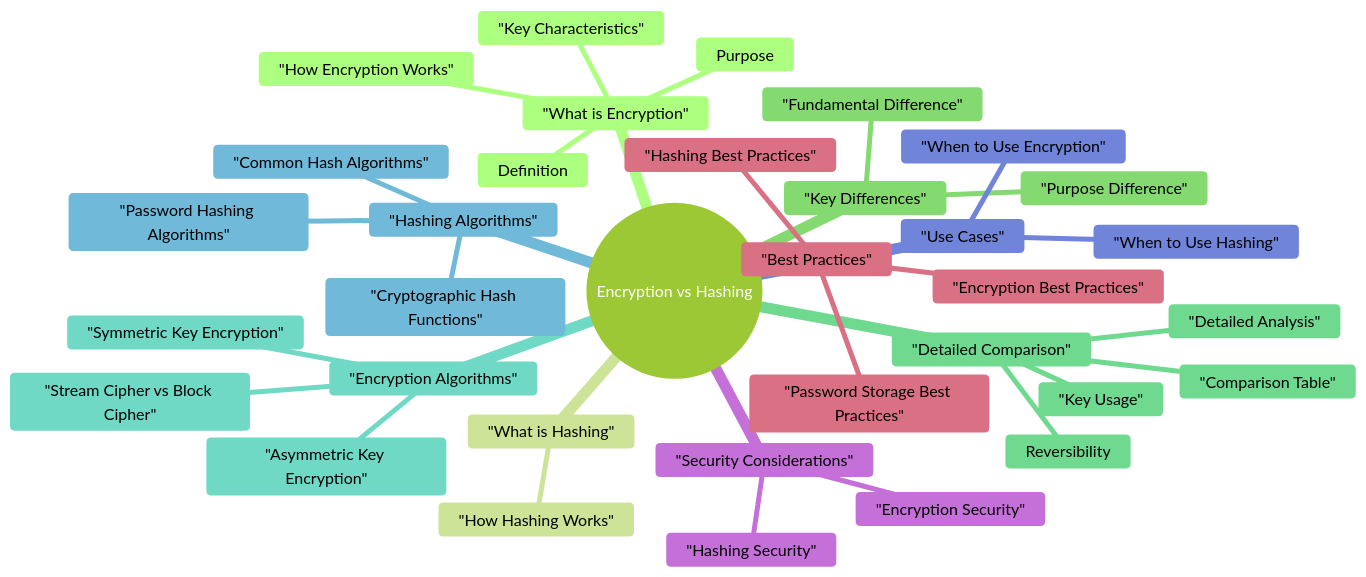
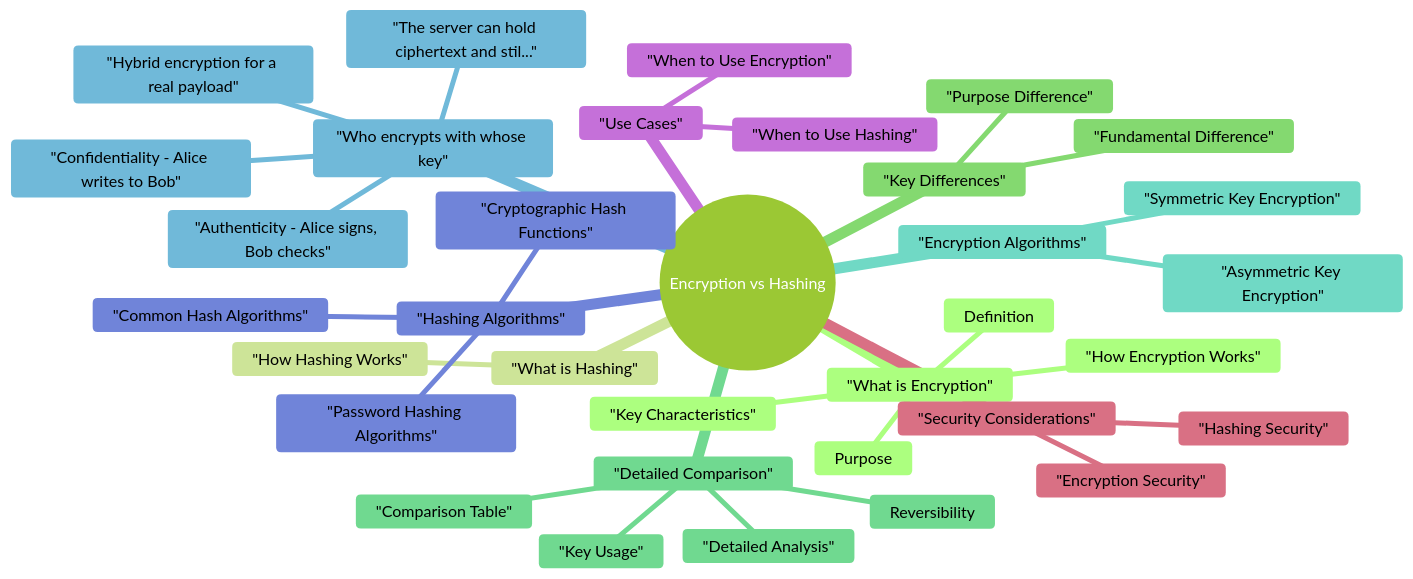
The diagram in interview/Encryption vs Hashing/Encryption vs Hashing - Mind Map.md (RAJANAGORI/interview), drawn with Mermaid (forest theme) before and after one commit. The commit also changed other lines of this file and 20 other files, not shown here.

````diff
--- a/interview/Encryption vs Hashing/Encryption vs Hashing - Mind Map.md
+++ b/interview/Encryption vs Hashing/Encryption vs Hashing - Mind Map.md
@@ -9,37 +9,37 @@
 ```mermaid
 mindmap
   root((Encryption vs Hashing))
     "What is Encryption"
       Definition
       "Key Characteristics"
       Purpose
       "How Encryption Works"
     "What is Hashing"
       "How Hashing Works"
     "Key Differences"
       "Fundamental Difference"
       "Purpose Difference"
     "Detailed Comparison"
       "Comparison Table"
       "Detailed Analysis"
       Reversibility
       "Key Usage"
     "Encryption Algorithms"
       "Symmetric Key Encryption"
       "Asymmetric Key Encryption"
-      "Stream Cipher vs Block Cipher"
+    "Who encrypts with whose key"
+      "Confidentiality - Alice writes to Bob"
+      "Authenticity - Alice signs, Bob checks"
+      "Hybrid encryption for a real payload"
+      "The server can hold ciphertext and stil..."
     "Hashing Algorithms"
       "Cryptographic Hash Functions"
       "Common Hash Algorithms"
       "Password Hashing Algorithms"
     "Use Cases"
       "When to Use Encryption"
       "When to Use Hashing"
     "Security Considerations"
       "Encryption Security"
       "Hashing Security"
-    "Best Practices"
-      "Encryption Best Practices"
-      "Hashing Best Practices"
-      "Password Storage Best Practices"
 ```
````
